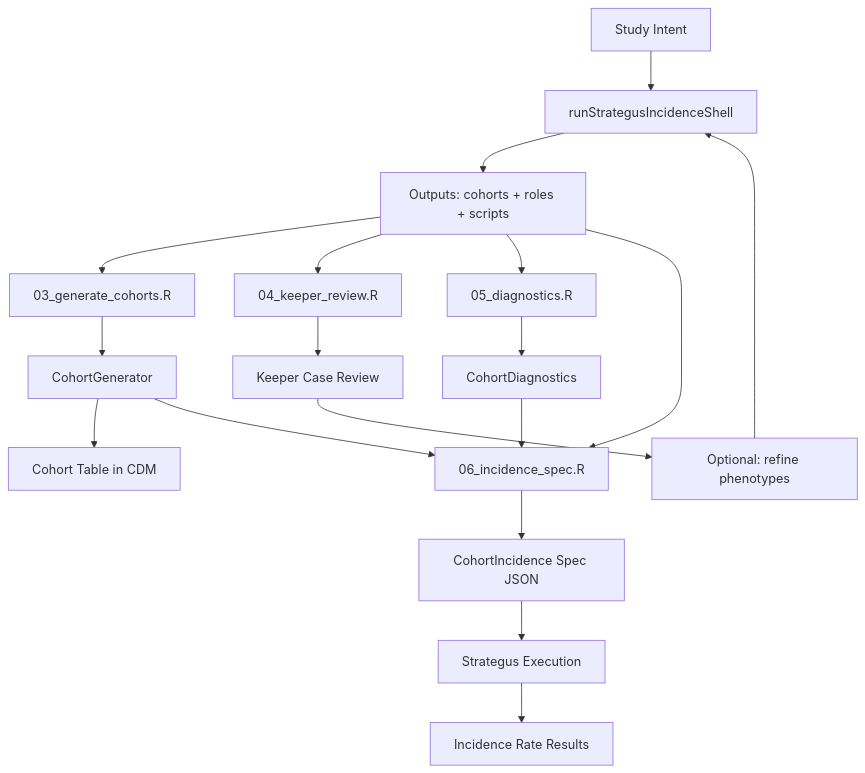
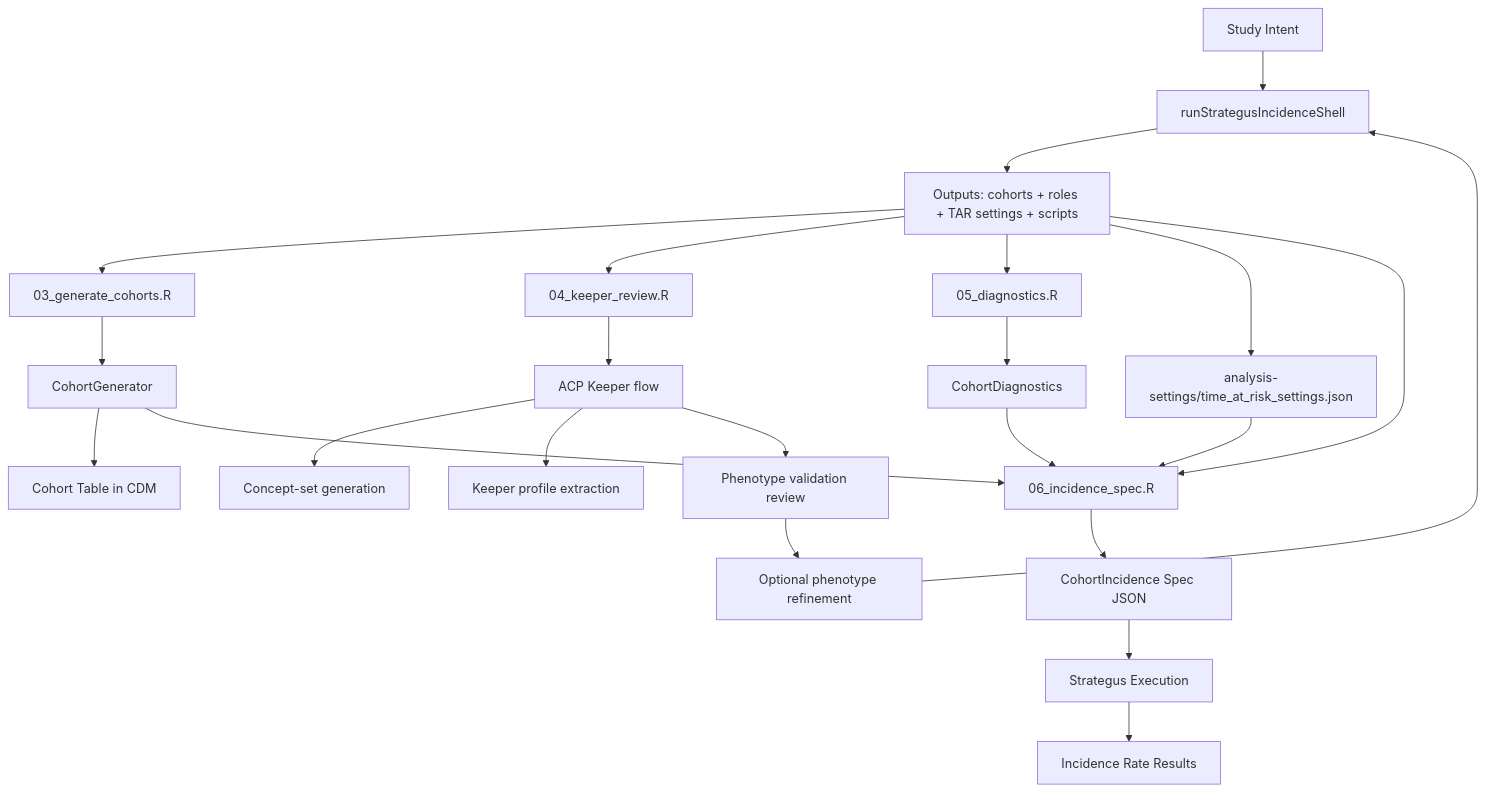
One commit to OHDSI/StudyAgent changed the second of 2 diagrams in docs/INCIDENCE_WORKFLOW.md. Above: the diagram before and after it, drawn with Mermaid. The commit also changed other lines of this file and 21 other files, not shown here.

````diff
--- a/docs/INCIDENCE_WORKFLOW.md
+++ b/docs/INCIDENCE_WORKFLOW.md
@@ -54,24 +56,29 @@
 ```mermaid
 flowchart TD
   A[Study Intent] --> B[runStrategusIncidenceShell]
-  B --> C[Outputs: cohorts + roles + scripts]
+  B --> C[Outputs: cohorts + roles + TAR settings + scripts]
   C --> D[03_generate_cohorts.R]
   D --> E[CohortGenerator]
   E --> F[Cohort Table in CDM]
 
   C --> G[04_keeper_review.R]
-  G --> H[Keeper Case Review]
-  H --> I[Optional: refine phenotypes]
-  I --> B
+  G --> H[ACP Keeper flow]
+  H --> I[Concept-set generation]
+  H --> J[Keeper profile extraction]
+  H --> K[Phenotype validation review]
+  K --> L[Optional phenotype refinement]
+  L --> B
 
-  C --> J[05_diagnostics.R]
-  J --> K[CohortDiagnostics]
+  C --> M[05_diagnostics.R]
+  M --> N[CohortDiagnostics]
 
-  C --> L[06_incidence_spec.R]
-  L --> M[CohortIncidence Spec JSON]
+  C --> O[analysis-settings/time_at_risk_settings.json]
+  C --> P[06_incidence_spec.R]
+  O --> P
+  E --> P
+  N --> P
 
-  E --> L
-  K --> L
-  M --> N[Strategus Execution]
-  N --> O[Incidence Rate Results]
+  P --> Q[CohortIncidence Spec JSON]
+  Q --> R[Strategus Execution]
+  R --> S[Incidence Rate Results]
 ```
````
